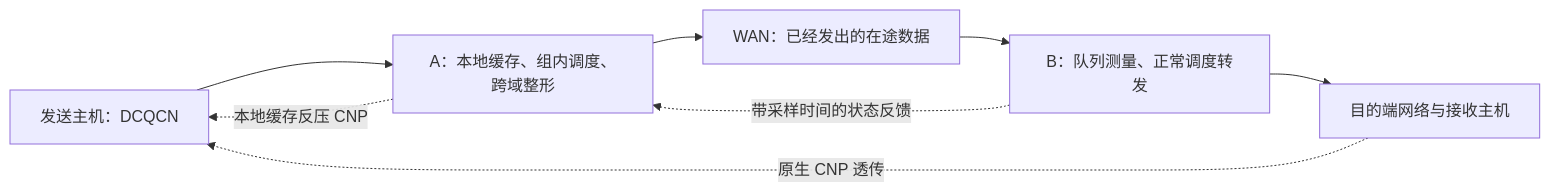
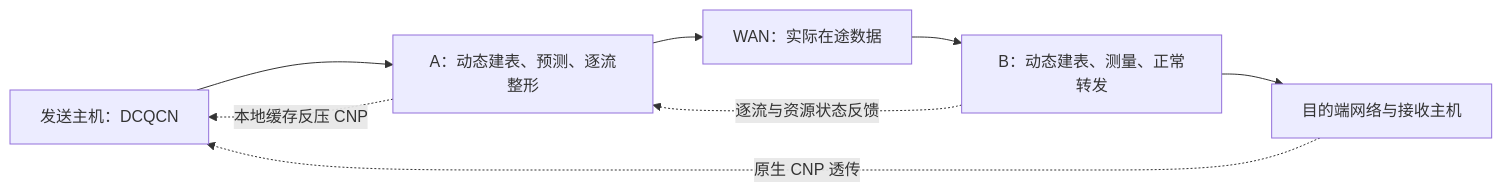
The diagram in docs/R5设计方案一.md (cupOfTea18/ns3-datacenter-FRP), drawn with Mermaid before and after one commit. The commit also changed other lines of this file and 38 other files, not shown here.

````diff
--- a/docs/R5设计方案一.md
+++ b/docs/R5设计方案一.md
@@ -41,10 +29,10 @@
 ```mermaid
 flowchart LR
-    H["发送主机：DCQCN"] --> A["A：本地缓存、组内调度、跨域整形"]
-    A --> W["WAN：已经发出的在途数据"]
-    W --> B["B：队列测量、正常调度转发"]
+    H["发送主机：DCQCN"] --> A["A：动态建表、预测、逐流整形"]
+    A --> W["WAN：实际在途数据"]
+    W --> B["B：动态建表、测量、正常转发"]
     B --> D["目的端网络与接收主机"]
-    B -. "带采样时间的状态反馈" .-> A
+    B -. "逐流与资源状态反馈" .-> A
     A -. "本地缓存反压 CNP" .-> H
     D -. "原生 CNP 透传" .-> H
 ```
````
